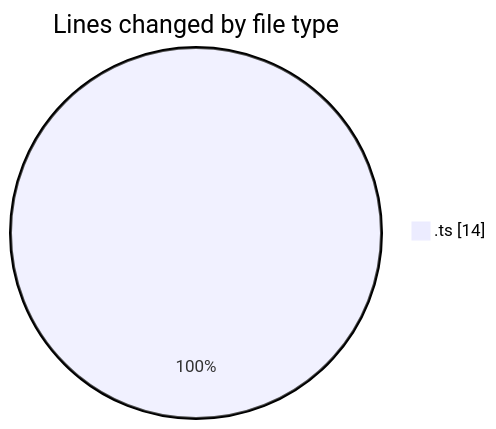
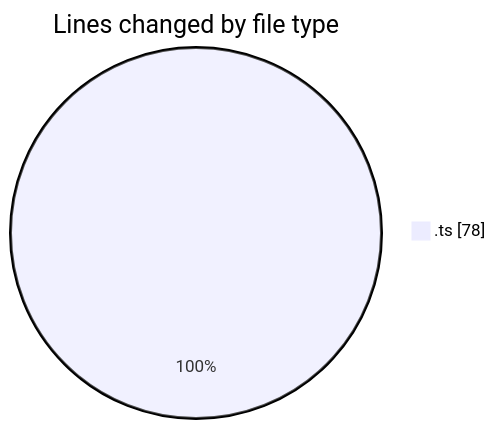
The first of 2 diagrams in 2025-08-01/cda/README.md (momahboobian/code-tracking), drawn with Mermaid before and after one commit. The commit also changed other lines of this file and 1 other file, not shown here.

````diff
--- a/2025-08-01/cda/README.md
+++ b/2025-08-01/cda/README.md
@@ -20,5 +20,5 @@
 ```mermaid
 pie showData
 title Lines changed by file type
-".ts" : 14
+".ts" : 78
 ```
````
